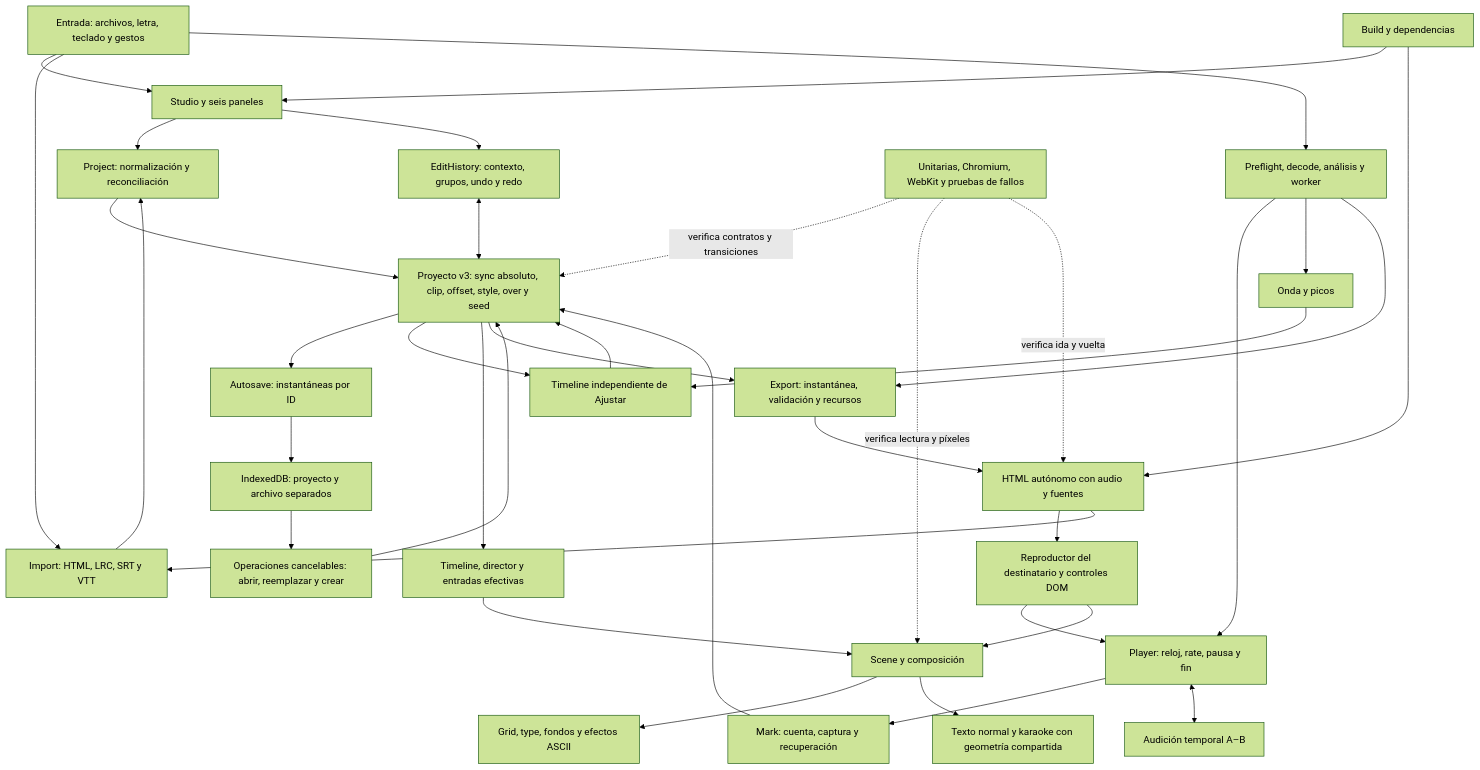
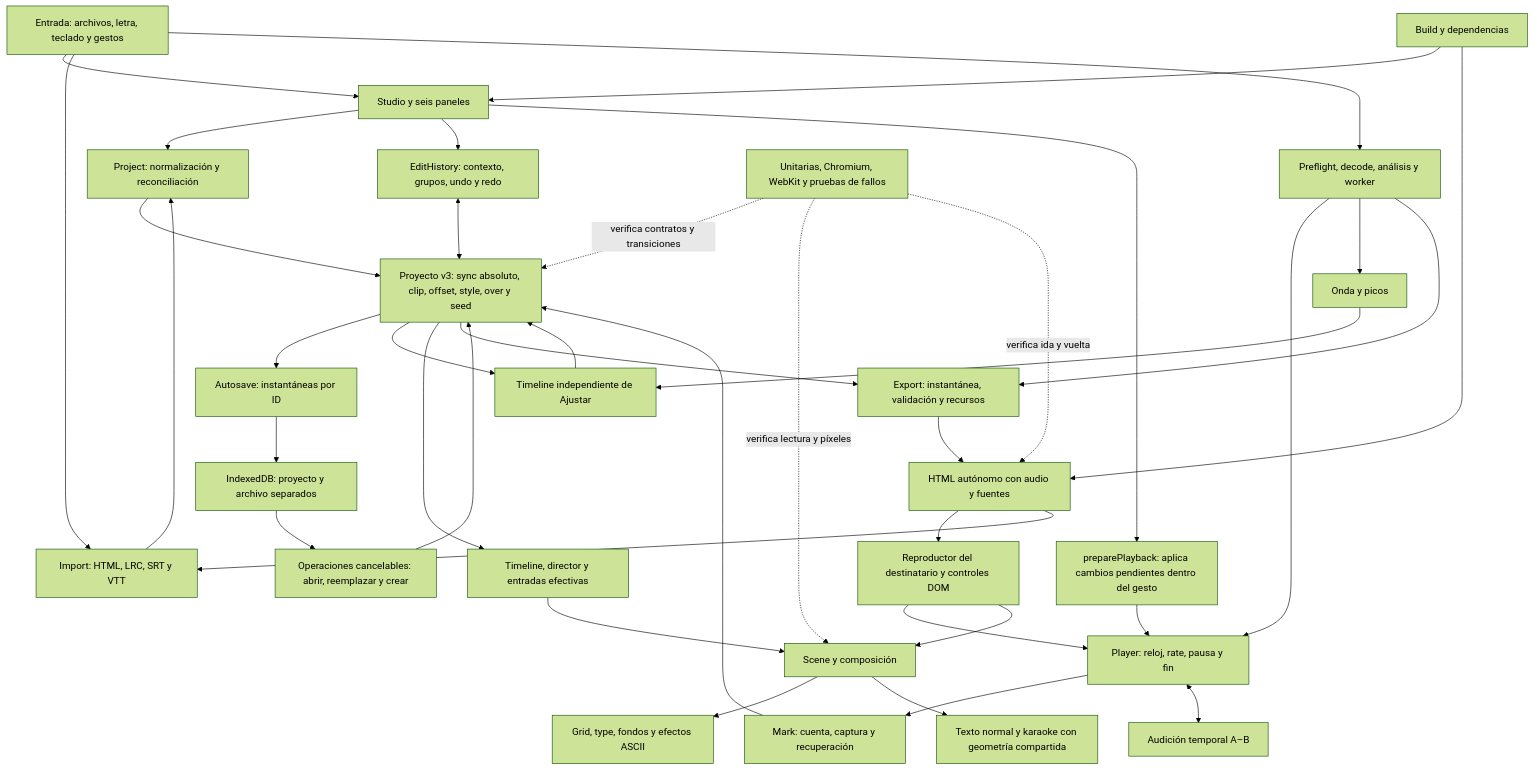
The diagram in docs/auditoria-integral.md (M1gu3hb/Letras-ascii), drawn with Mermaid (forest theme) before and after one commit. The commit also changed other lines of this file and 8 other files, not shown here.

Commit message:
fix: aplica el recorte pendiente dentro del gesto de reproducción

````diff
--- a/docs/auditoria-integral.md
+++ b/docs/auditoria-integral.md
@@ -7,39 +7,41 @@
 ```mermaid
 flowchart TD
   U[Entrada: archivos, letra, teclado y gestos] --> UI[Studio y seis paneles]
   U --> IMP[Import: HTML, LRC, SRT y VTT]
   IMP --> N[Project: normalización y reconciliación]
   UI --> N
   N --> P[Proyecto v3: sync absoluto, clip, offset, style, over y seed]
   UI --> H[EditHistory: contexto, grupos, undo y redo]
   H <--> P
   P --> SAVE[Autosave: instantáneas por ID]
   SAVE --> DB[IndexedDB: proyecto y archivo separados]
   DB --> LOAD[Operaciones cancelables: abrir, reemplazar y crear]
   LOAD --> P
   U --> AUDIO[Preflight, decode, análisis y worker]
   AUDIO --> PLAYER[Player: reloj, rate, pausa y fin]
   AUDIO --> WAVE[Onda y picos]
+  UI --> READY[preparePlayback: aplica cambios pendientes dentro del gesto]
+  READY --> PLAYER
   PLAYER --> MARK[Mark: cuenta, captura y recuperación]
   MARK --> P
   PLAYER <--> AB[Audición temporal A–B]
   P --> EDIT[Timeline independiente de Ajustar]
   WAVE --> EDIT
   EDIT --> P
   P --> TL[Timeline, director y entradas efectivas]
   TL --> SCENE[Scene y composición]
   SCENE --> ASCII[Grid, type, fondos y efectos ASCII]
   SCENE --> TEXT[Texto normal y karaoke con geometría compartida]
   P --> EXP[Export: instantánea, validación y recursos]
   AUDIO --> EXP
   EXP --> HTML[HTML autónomo con audio y fuentes]
   HTML --> REC[Reproductor del destinatario y controles DOM]
   REC --> PLAYER
   REC --> SCENE
   HTML --> IMP
   BUILD[Build y dependencias] --> UI
   BUILD --> HTML
   TEST[Unitarias, Chromium, WebKit y pruebas de fallos] -. verifica contratos y transiciones .-> P
   TEST -. verifica lectura y píxeles .-> SCENE
   TEST -. verifica ida y vuelta .-> HTML
 ```
````
